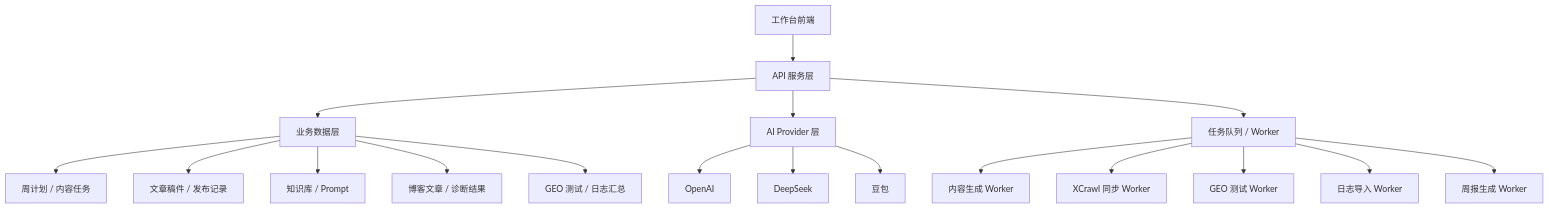
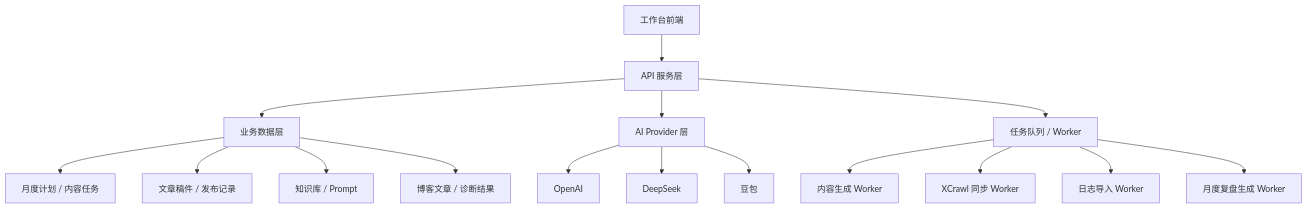
One commit to 1736280642-Star/gtm-content-growth-workbench changed the first of 2 diagrams in docs/development-plan.md. Above: the diagram before and after it, drawn with Mermaid. The commit also changed other lines of this file and 63 other files, not shown here.

````diff
--- a/docs/development-plan.md
+++ b/docs/development-plan.md
@@ -203,22 +199,20 @@
 ```mermaid
 flowchart TD
     A["工作台前端"] --> B["API 服务层"]
     B --> C["业务数据层"]
     B --> D["AI Provider 层"]
     B --> E["任务队列 / Worker"]
     E --> F["内容生成 Worker"]
     E --> G["XCrawl 同步 Worker"]
-    E --> H["GEO 测试 Worker"]
     E --> I["日志导入 Worker"]
-    E --> J["周报生成 Worker"]
+    E --> J["月度复盘生成 Worker"]
 
-    C --> C1["周计划 / 内容任务"]
+    C --> C1["月度计划 / 内容任务"]
     C --> C2["文章稿件 / 发布记录"]
     C --> C3["知识库 / Prompt"]
     C --> C4["博客文章 / 诊断结果"]
-    C --> C5["GEO 测试 / 日志汇总"]
 
     D --> D1["OpenAI"]
     D --> D2["DeepSeek"]
     D --> D3["豆包"]
 ```
````
